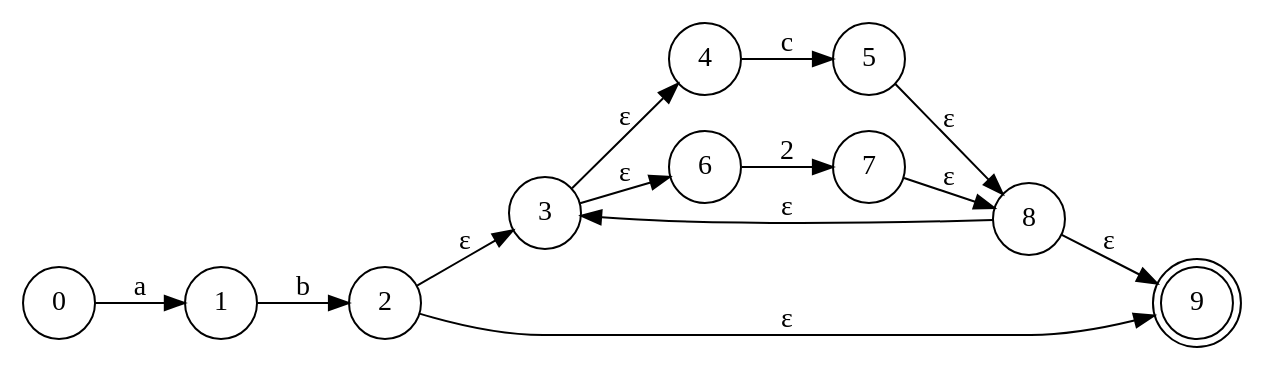
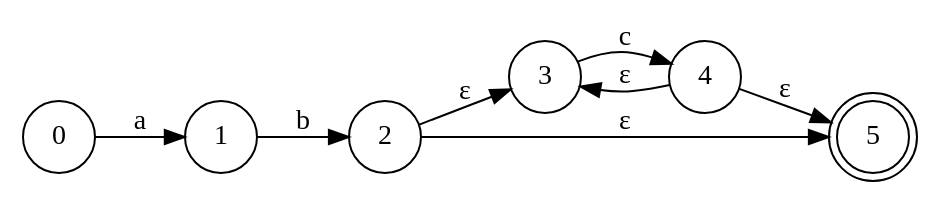
Before and after one commit to RaphaelNY/HDU_Compilation_Experiment: the diagram in nfa.dot, drawn with Graphviz. The commit also changed 3 other files, not shown here.

```diff
--- a/nfa.dot
+++ b/nfa.dot
@@ -1,17 +1,12 @@
 digraph NFA {
     rankdir=LR;
     node [shape = circle];
     0 -> 1 [label="a"];
     1 -> 2 [label="b"];
     2 -> 3 [label="ε"];
-    2 -> 9 [label="ε"];
-    3 -> 4 [label="ε"];
-    3 -> 6 [label="ε"];
-    4 -> 5 [label="c"];
-    5 -> 8 [label="ε"];
-    6 -> 7 [label="2"];
-    7 -> 8 [label="ε"];
-    8 -> 9 [label="ε"];
-    8 -> 3 [label="ε"];
-    9 [shape = doublecircle];
+    2 -> 5 [label="ε"];
+    3 -> 4 [label="c"];
+    4 -> 5 [label="ε"];
+    4 -> 3 [label="ε"];
+    5 [shape = doublecircle];
 }
```
